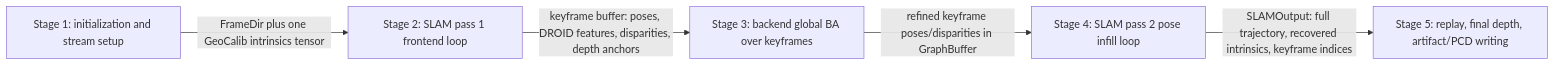
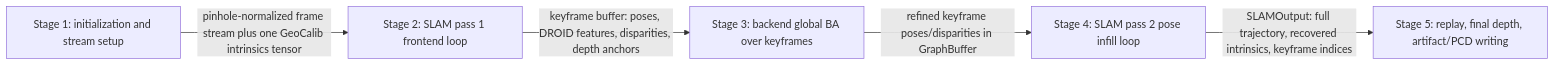
One commit to sadanand1120/vipe changed the first of 12 diagrams in fullexplain.md. Above: the diagram before and after it, drawn with Mermaid. The commit also changed other lines of this file and 18 other files, not shown here.

````diff
--- a/fullexplain.md
+++ b/fullexplain.md
@@ -27,7 +27,7 @@
 ```mermaid
 flowchart LR
-    S1[Stage 1: initialization and stream setup] -->|FrameDir plus one GeoCalib intrinsics tensor| S2[Stage 2: SLAM pass 1 frontend loop]
+    S1[Stage 1: initialization and stream setup] -->|pinhole-normalized frame stream plus one GeoCalib intrinsics tensor| S2[Stage 2: SLAM pass 1 frontend loop]
     S2 -->|keyframe buffer: poses, DROID features, disparities, depth anchors| S3[Stage 3: backend global BA over keyframes]
     S3 -->|refined keyframe poses/disparities in GraphBuffer| S4[Stage 4: SLAM pass 2 pose infill loop]
     S4 -->|SLAMOutput: full trajectory, recovered intrinsics, keyframe indices| S5[Stage 5: replay, final depth, artifact/PCD writing]
 ```
````
